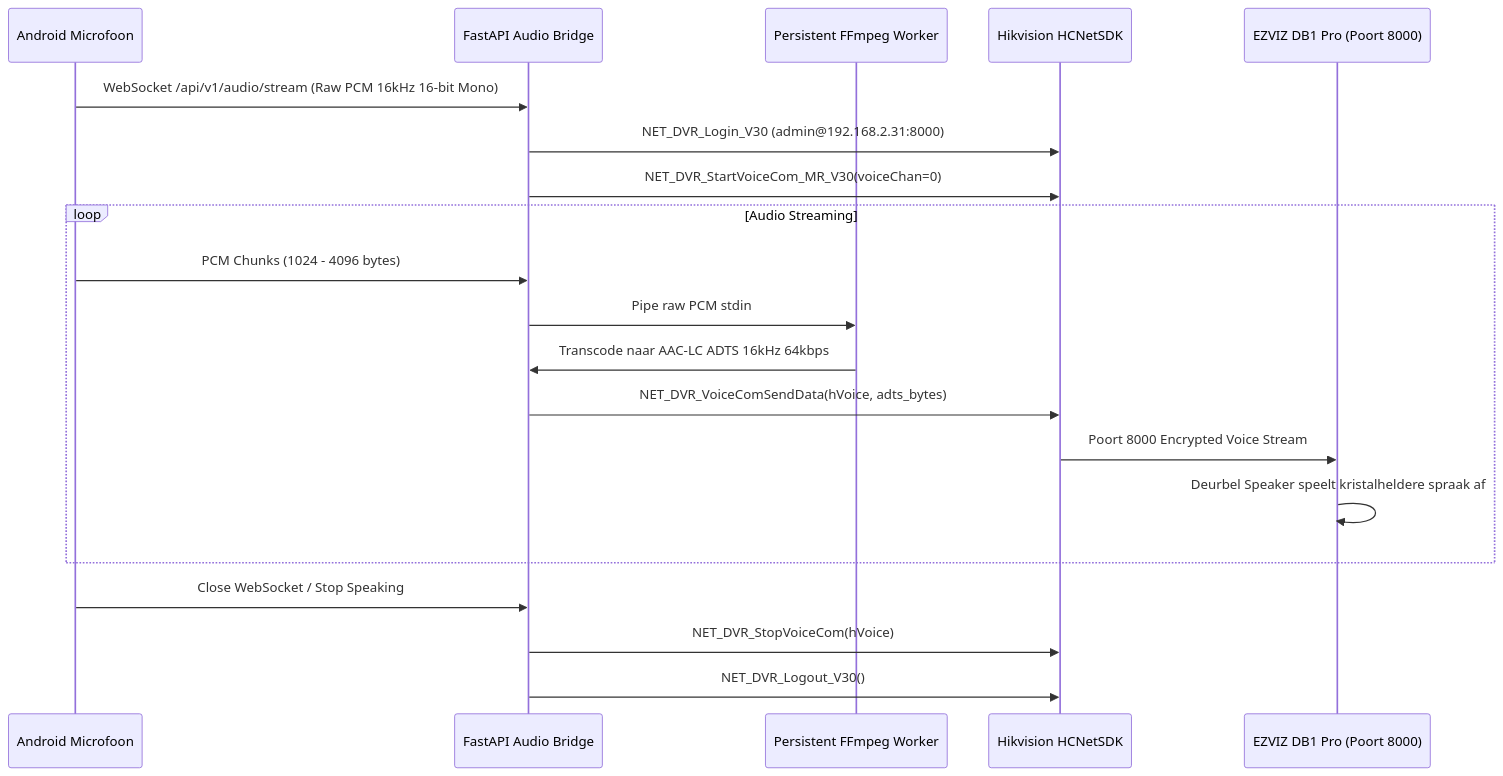
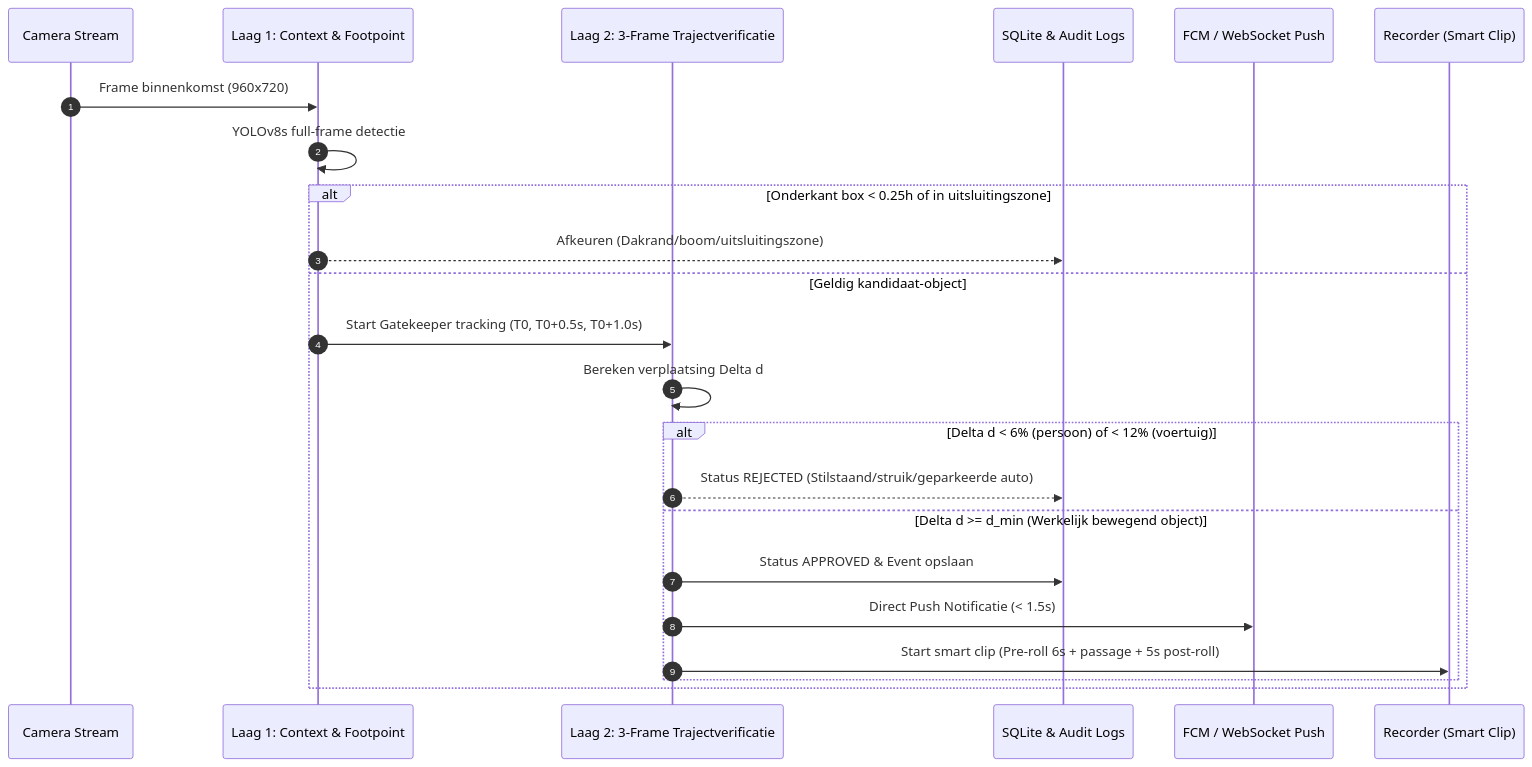
Before and after one commit to foxway-nl/deurbel: the second of 2 diagrams in docs/ARCHITECTURE.md, drawn with Mermaid. The commit also changed other lines of this file and 18 other files, not shown here.

Commit message:
feat(release): v2.3.0 - 3-layer gatekeeper AI, zero-lag live drain, web admin portal & Android crash logger

````diff
--- a/docs/ARCHITECTURE.md
+++ b/docs/ARCHITECTURE.md
@@ -88,23 +55,26 @@
 ```mermaid
 sequenceDiagram
-    participant App as Android Microfoon
-    participant API as FastAPI Audio Bridge
-    participant FF as Persistent FFmpeg Worker
-    participant SDK as Hikvision HCNetSDK
-    participant DB as EZVIZ DB1 Pro (Poort 8000)
+    autonumber
+    participant C as Camera Stream
+    participant L1 as Laag 1: Context & Footpoint
+    participant L2 as Laag 2: 3-Frame Trajectverificatie
+    participant DB as SQLite & Audit Logs
+    participant Push as FCM / WebSocket Push
+    participant Rec as Recorder (Smart Clip)
 
-    App->>API: WebSocket /api/v1/audio/stream (Raw PCM 16kHz 16-bit Mono)
-    API->>SDK: NET_DVR_Login_V30 (admin@192.168.2.31:8000)
-    API->>SDK: NET_DVR_StartVoiceCom_MR_V30(voiceChan=0)
-    loop Audio Streaming
-        App->>API: PCM Chunks (1024 - 4096 bytes)
-        API->>FF: Pipe raw PCM stdin
-        FF->>API: Transcode naar AAC-LC ADTS 16kHz 64kbps
-        API->>SDK: NET_DVR_VoiceComSendData(hVoice, adts_bytes)
-        SDK->>DB: Poort 8000 Encrypted Voice Stream
-        DB->>DB: Deurbel Speaker speelt kristalheldere spraak af
+    C->>L1: Frame binnenkomst (960x720)
+    L1->>L1: YOLOv8s full-frame detectie
+    alt Onderkant box < 0.25h of in uitsluitingszone
+        L1-->>DB: Afkeuren (Dakrand/boom/uitsluitingszone)
+    else Geldig kandidaat-object
+        L1->>L2: Start Gatekeeper tracking (T0, T0+0.5s, T0+1.0s)
+        L2->>L2: Bereken verplaatsing Delta d
+        alt Delta d < 6% (persoon) of < 12% (voertuig)
+            L2-->>DB: Status REJECTED (Stilstaand/struik/geparkeerde auto)
+        else Delta d >= d_min (Werkelijk bewegend object)
+            L2->>DB: Status APPROVED & Event opslaan
+            L2->>Push: Direct Push Notificatie (< 1.5s)
+            L2->>Rec: Start smart clip (Pre-roll 6s + passage + 5s post-roll)
+        end
     end
-    App->>API: Close WebSocket / Stop Speaking
-    API->>SDK: NET_DVR_StopVoiceCom(hVoice)
-    API->>SDK: NET_DVR_Logout_V30()
 ```
````
